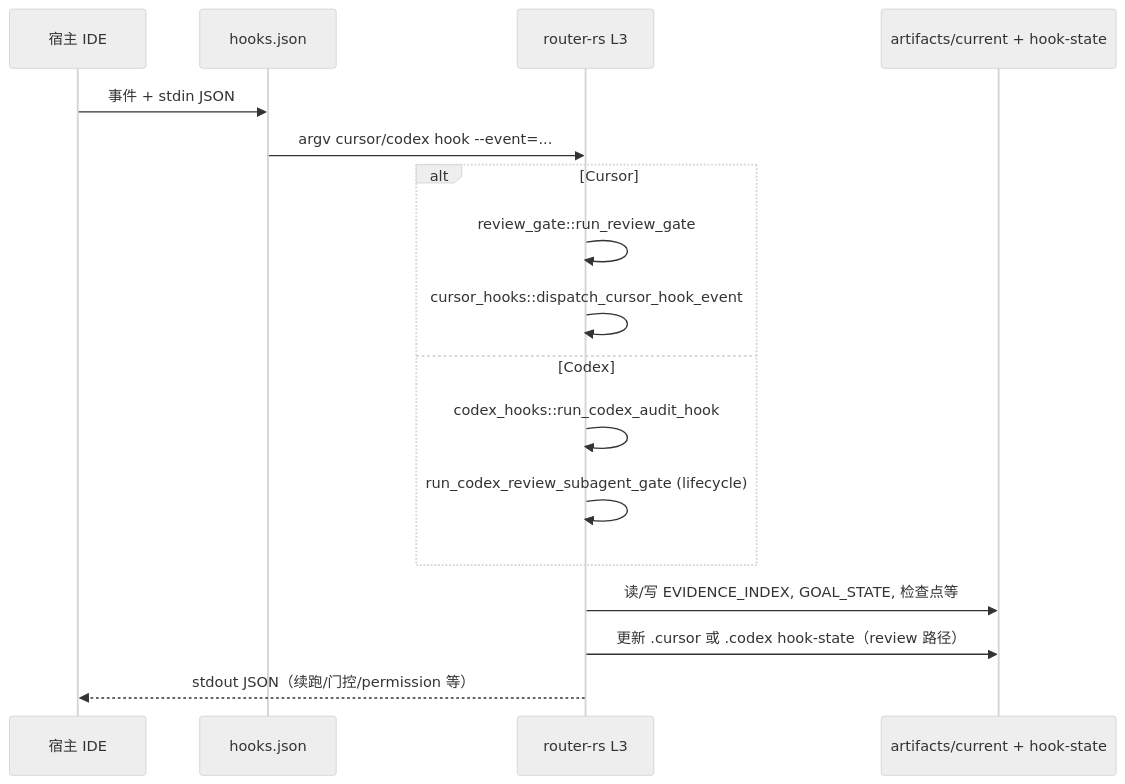
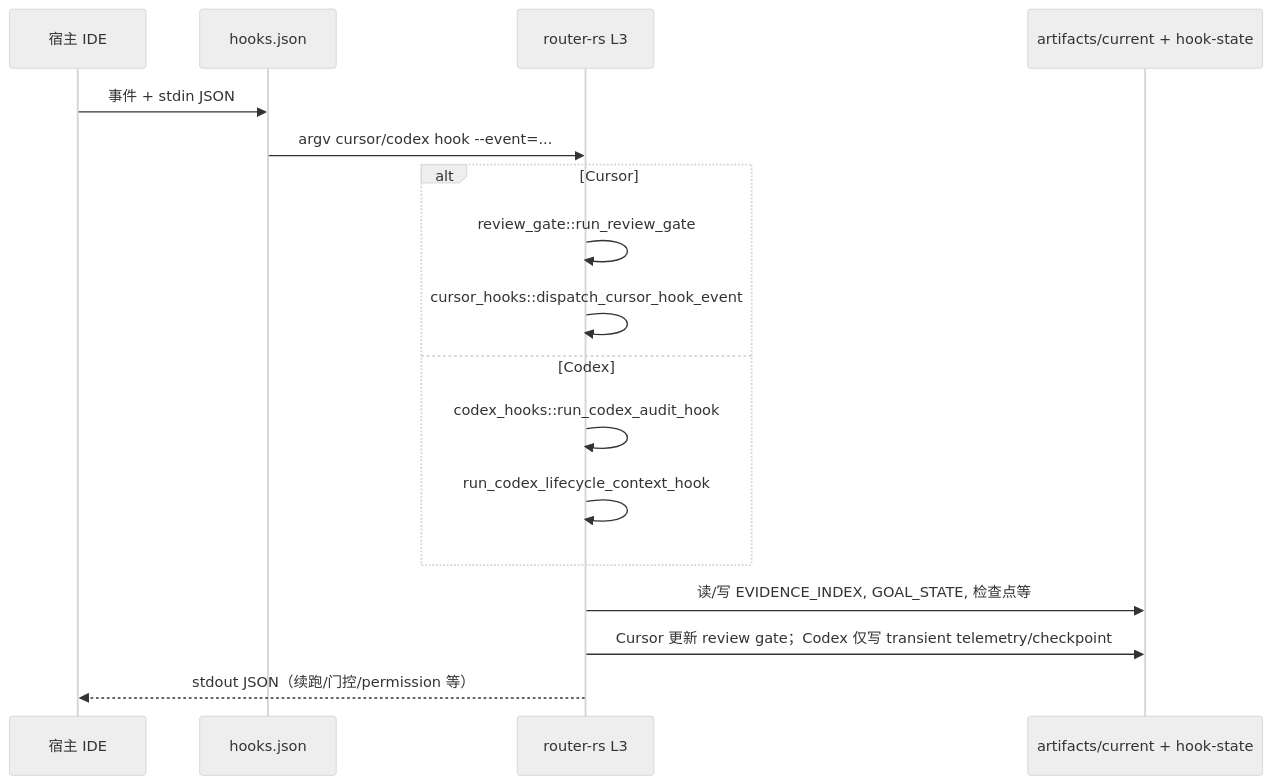
Before and after one commit to yizhoupan3-debug/skill: the diagram in docs/plans/RESEARCH_codex_cursor_runtime_architecture.md, drawn with Mermaid (neutral theme). The commit also changed other lines of this file and 51 other files, not shown here.

````diff
--- a/docs/plans/RESEARCH_codex_cursor_runtime_architecture.md
+++ b/docs/plans/RESEARCH_codex_cursor_runtime_architecture.md
@@ -56,20 +56,20 @@
 ```mermaid
 sequenceDiagram
   participant H as 宿主 IDE
   participant L4 as hooks.json
   participant RS as router-rs L3
   participant L2 as artifacts/current + hook-state
 
   H->>L4: 事件 + stdin JSON
   L4->>RS: argv cursor/codex hook --event=...
   alt Cursor
     RS->>RS: review_gate::run_review_gate
     RS->>RS: cursor_hooks::dispatch_cursor_hook_event
   else Codex
     RS->>RS: codex_hooks::run_codex_audit_hook
-    RS->>RS: run_codex_review_subagent_gate (lifecycle)
+    RS->>RS: run_codex_lifecycle_context_hook
   end
   RS->>L2: 读/写 EVIDENCE_INDEX, GOAL_STATE, 检查点等
-  RS->>L2: 更新 .cursor 或 .codex hook-state（review 路径）
+  RS->>L2: Cursor 更新 review gate；Codex 仅写 transient telemetry/checkpoint
   RS-->>H: stdout JSON（续跑/门控/permission 等）
 ```
````
